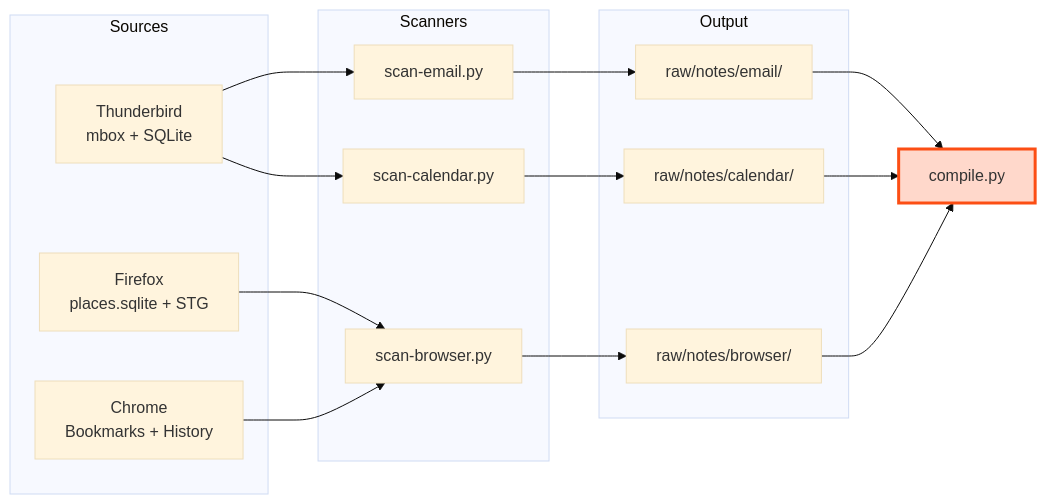
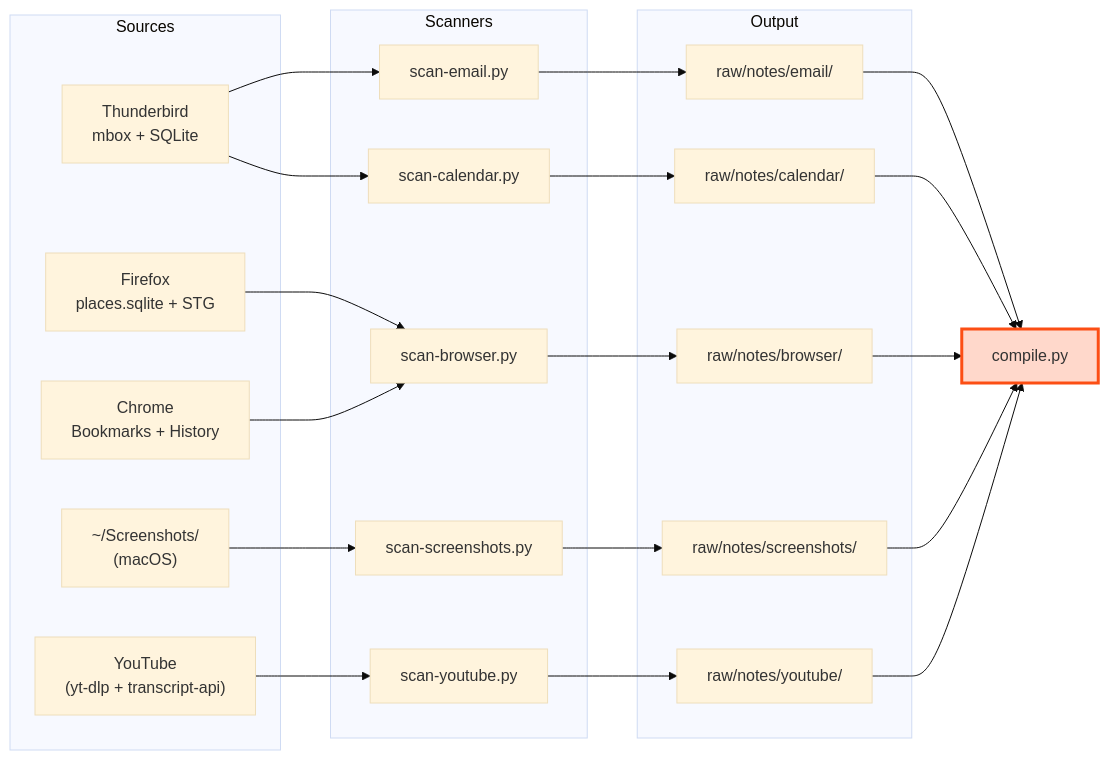
Before and after one commit to lx-0/llm-wiki: the fourth of 11 diagrams in docs/PROCESS.md, drawn with Mermaid (base theme). The commit also changed other lines of this file and 11 other files, not shown here.

````diff
--- a/docs/PROCESS.md
+++ b/docs/PROCESS.md
@@ -310,31 +311,41 @@
 ```mermaid
 flowchart LR
     subgraph Sources
         TB["Thunderbird\nmbox + SQLite"]
         FF["Firefox\nplaces.sqlite + STG"]
         CH["Chrome\nBookmarks + History"]
+        SS["~/Screenshots/\n(macOS)"]
+        YT["YouTube\n(yt-dlp + transcript-api)"]
     end
 
     subgraph Scanners
         SE["scan-email.py"]
         SC["scan-calendar.py"]
         SB["scan-browser.py"]
+        SCR["scan-screenshots.py"]
+        SY["scan-youtube.py"]
     end
 
     subgraph Output
         RE["raw/notes/email/"]
         RC["raw/notes/calendar/"]
         RB["raw/notes/browser/"]
+        RS["raw/notes/screenshots/"]
+        RY["raw/notes/youtube/"]
     end
 
     TB --> SE --> RE
     TB --> SC --> RC
     FF --> SB --> RB
     CH --> SB
+    SS --> SCR --> RS
+    YT --> SY --> RY
 
     RE --> COMPILE["compile.py"]
     RC --> COMPILE
     RB --> COMPILE
+    RS --> COMPILE
+    RY --> COMPILE
 
     style COMPILE fill:#FFD8CB,stroke:#FC4E14,stroke-width:3px
 ```
````
